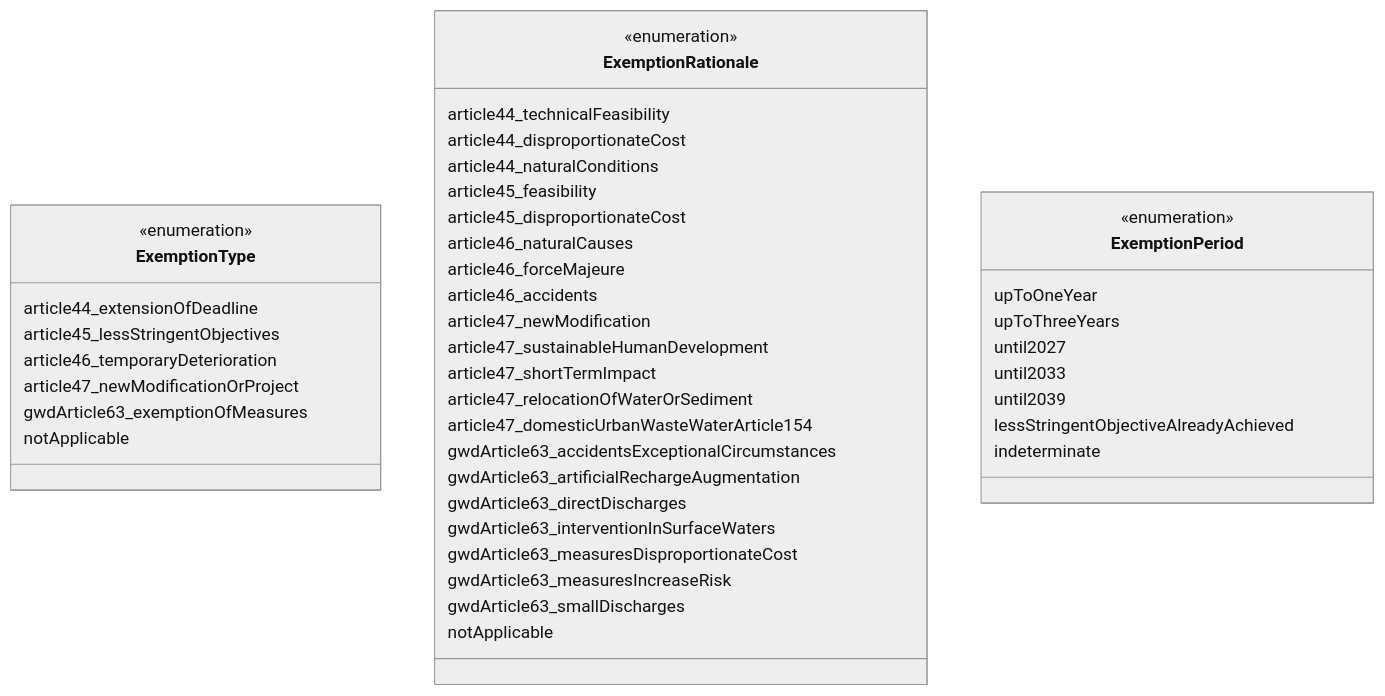
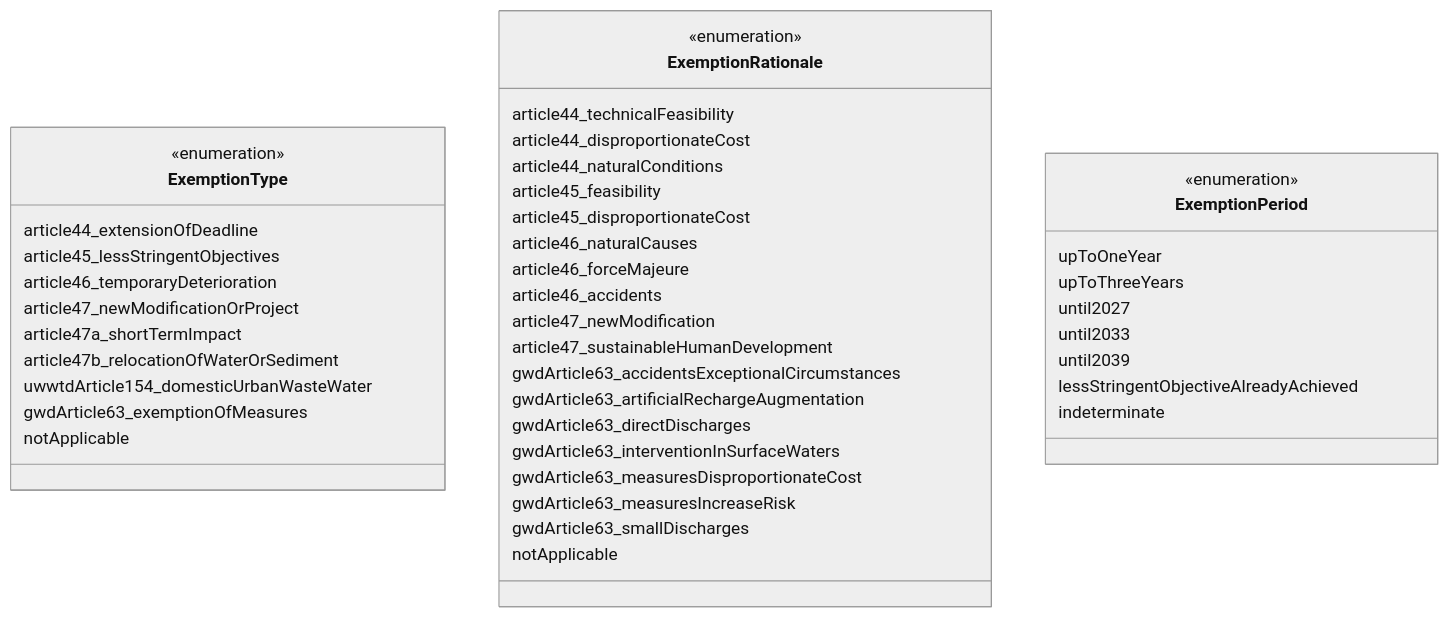
Before and after one commit to eeadata/WISE.WFD.Documentation: the diagram in docs/DataModelReview/mmd/Exemptions_4thCycle_Codelists_ClassDiagram.mmd, drawn with Mermaid. The commit also changed 6 other files, not shown here.

```diff
--- a/docs/DataModelReview/mmd/Exemptions_4thCycle_Codelists_ClassDiagram.mmd
+++ b/docs/DataModelReview/mmd/Exemptions_4thCycle_Codelists_ClassDiagram.mmd
@@ -1,47 +1,47 @@
 %%{init: {'theme': 'neutral'}}%%
 classDiagram
 class ExemptionType{
     <<enumeration>>
     article44_extensionOfDeadline
     article45_lessStringentObjectives
     article46_temporaryDeterioration
     article47_newModificationOrProject
+    article47a_shortTermImpact
+    article47b_relocationOfWaterOrSediment
+    uwwtdArticle154_domesticUrbanWasteWater
     gwdArticle63_exemptionOfMeasures
     notApplicable
     }
 
 class ExemptionRationale{
     <<enumeration>>
     article44_technicalFeasibility
     article44_disproportionateCost
     article44_naturalConditions
     article45_feasibility
     article45_disproportionateCost
     article46_naturalCauses
     article46_forceMajeure
     article46_accidents
     article47_newModification
     article47_sustainableHumanDevelopment
-    article47_shortTermImpact
-    article47_relocationOfWaterOrSediment
-    article47_domesticUrbanWasteWaterArticle154
     gwdArticle63_accidentsExceptionalCircumstances
     gwdArticle63_artificialRechargeAugmentation
     gwdArticle63_directDischarges
     gwdArticle63_interventionInSurfaceWaters
     gwdArticle63_measuresDisproportionateCost
     gwdArticle63_measuresIncreaseRisk
     gwdArticle63_smallDischarges
     notApplicable
     }
 	
 class ExemptionPeriod{
     <<enumeration>>
     upToOneYear
     upToThreeYears
     until2027
     until2033
     until2039
     lessStringentObjectiveAlreadyAchieved
     indeterminate
     }
```
